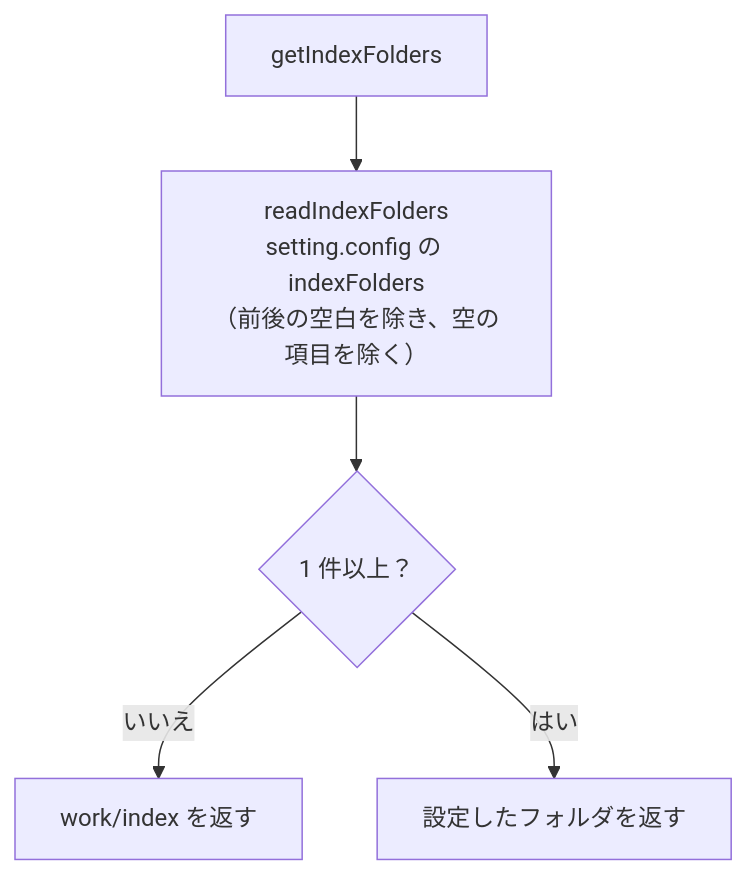
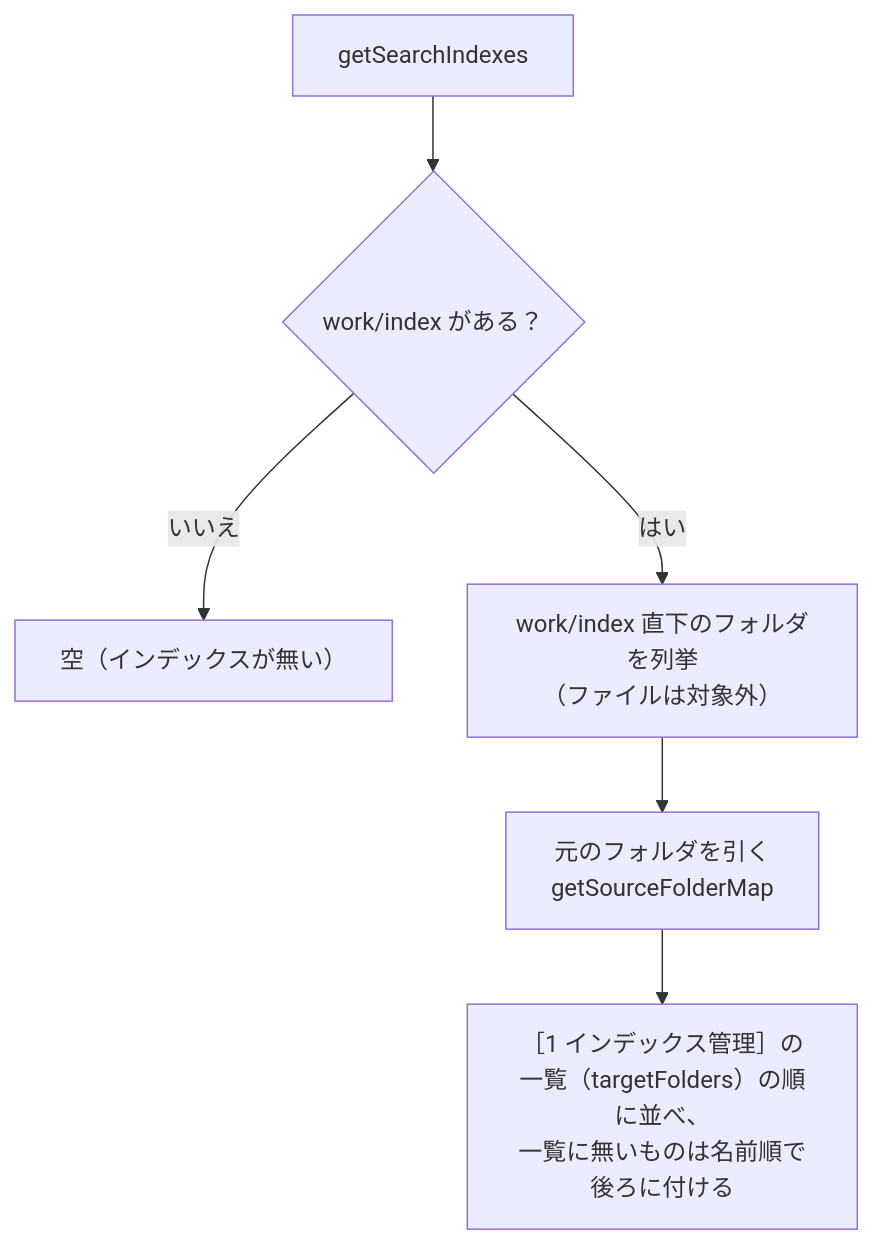
Before and after one commit to hsgwa/tebunko: the first of 4 diagrams in docs/02_検索.md, drawn with Mermaid. The commit also changed other lines of this file and 27 other files, not shown here.

````diff
--- a/docs/02_検索.md
+++ b/docs/02_検索.md
@@ -33,7 +32,8 @@
 ```mermaid
 flowchart TD
-    A["getIndexFolders"] --> B["readIndexFolders<br>setting.config の indexFolders<br>（前後の空白を除き、空の項目を除く）"]
-    B --> D{"1 件以上？"}
-    D -- いいえ --> Z["work/index を返す"]
-    D -- はい --> E["設定したフォルダを返す"]
+    A["getSearchIndexes"] --> B{"work/index がある？"}
+    B -- いいえ --> Z["空（インデックスが無い）"]
+    B -- はい --> C["work/index 直下のフォルダを列挙<br>（ファイルは対象外）"]
+    C --> D["元のフォルダを引く<br>getSourceFolderMap"]
+    D --> E["［1 インデックス管理］の一覧（targetFolders）の順に並べ、<br>一覧に無いものは名前順で後ろに付ける"]
 ```
````
